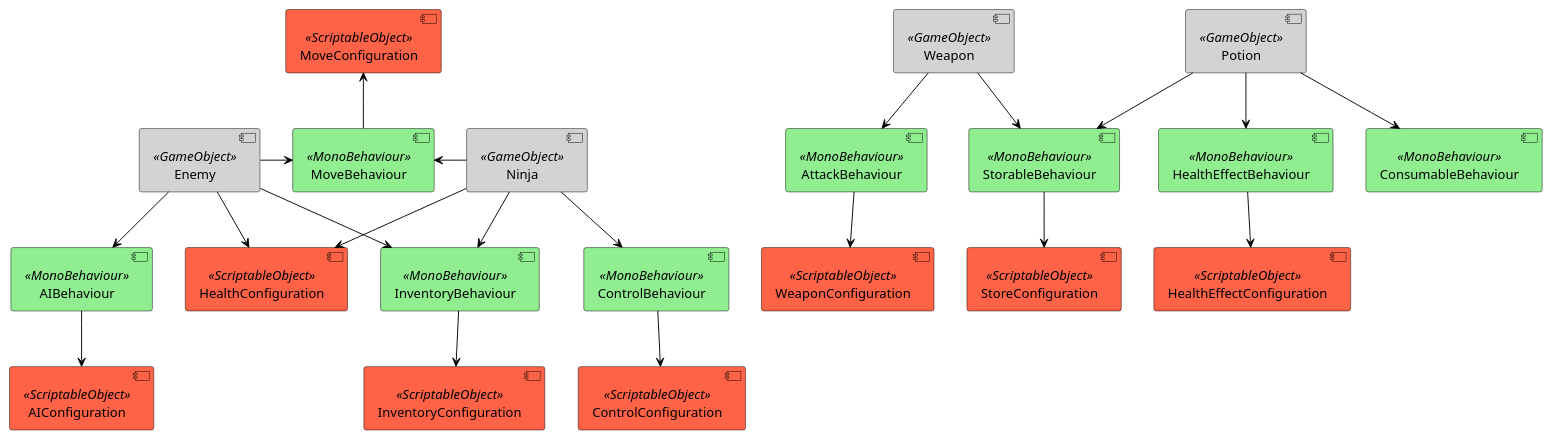
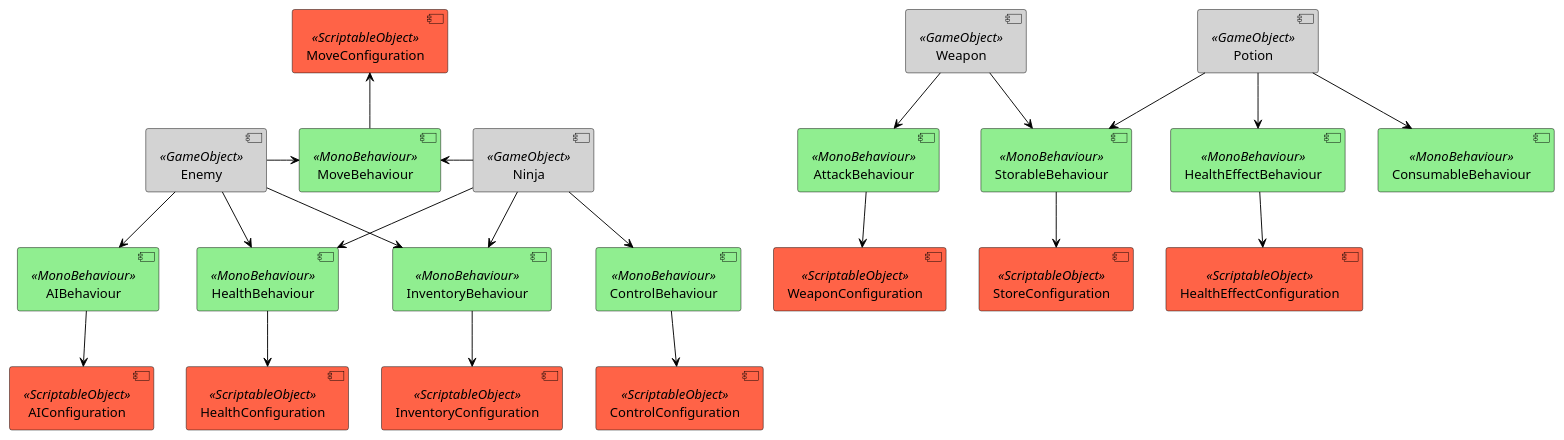
One commit to jcawe/NinjaProject changed the diagram in Documentation/design.wsd. Above: the diagram before and after it, drawn with PlantUML.

Commit message:
:pencil: Change design document

```diff
--- a/Documentation/design.wsd
+++ b/Documentation/design.wsd
@@ -1,57 +1,59 @@
 @startuml design
 
 skinparam component {
     borderColor Black
     backgroundColor<<GameObject>> LightGray
     backgroundColor<<MonoBehaviour>> LightGreen
     backgroundColor<<ScriptableObject>> Tomato
     ArrowColor Black
     Text Bold
 }
 
 component Ninja <<GameObject>>
 component Enemy <<GameObject>>
 component Weapon <<GameObject>>
 component Potion <<GameObject>>
 
 component MoveBehaviour <<MonoBehaviour>>
 component AttackBehaviour <<MonoBehaviour>>
 component ControlBehaviour <<MonoBehaviour>>
 component AIBehaviour <<MonoBehaviour>>
 component InventoryBehaviour <<MonoBehaviour>>
 component StorableBehaviour <<MonoBehaviour>>
 component HealthEffectBehaviour <<MonoBehaviour>>
 component ConsumableBehaviour <<MonoBehaviour>>
+component HealthBehaviour <<MonoBehaviour>>
 
 component ControlConfiguration <<ScriptableObject>>
 component MoveConfiguration <<ScriptableObject>>
 component AIConfiguration <<ScriptableObject>>
 component InventoryConfiguration <<ScriptableObject>>
 component StoreConfiguration <<ScriptableObject>>
 component WeaponConfiguration <<ScriptableObject>>
 component HealthEffectConfiguration <<ScriptableObject>>
 component HealthConfiguration <<ScriptableObject>>
 
 Ninja --> InventoryBehaviour
 Ninja -left-> MoveBehaviour
 Ninja --> ControlBehaviour
-Ninja --> HealthConfiguration
+Ninja --> HealthBehaviour
 Enemy --> InventoryBehaviour
 Enemy -right-> MoveBehaviour
 Enemy --> AIBehaviour
-Enemy --> HealthConfiguration
+Enemy --> HealthBehaviour
 Weapon --> AttackBehaviour
 Weapon --> StorableBehaviour
 Potion --> StorableBehaviour
 Potion --> HealthEffectBehaviour
 Potion --> ConsumableBehaviour
 
 InventoryBehaviour --> InventoryConfiguration
 StorableBehaviour --> StoreConfiguration
 ControlBehaviour --> ControlConfiguration
 MoveBehaviour -up-> MoveConfiguration
 AIBehaviour --> AIConfiguration
 AttackBehaviour --> WeaponConfiguration
 HealthEffectBehaviour --> HealthEffectConfiguration
+HealthBehaviour --> HealthConfiguration
 
 @enduml
```
